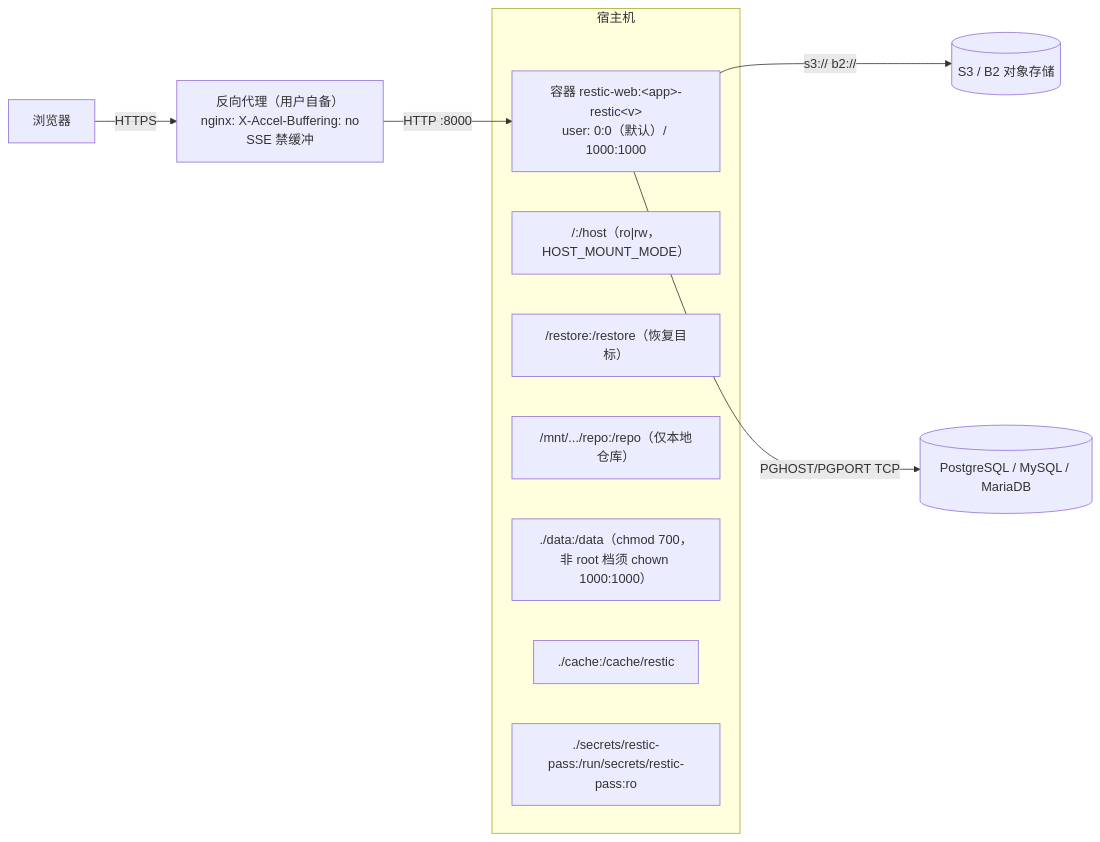
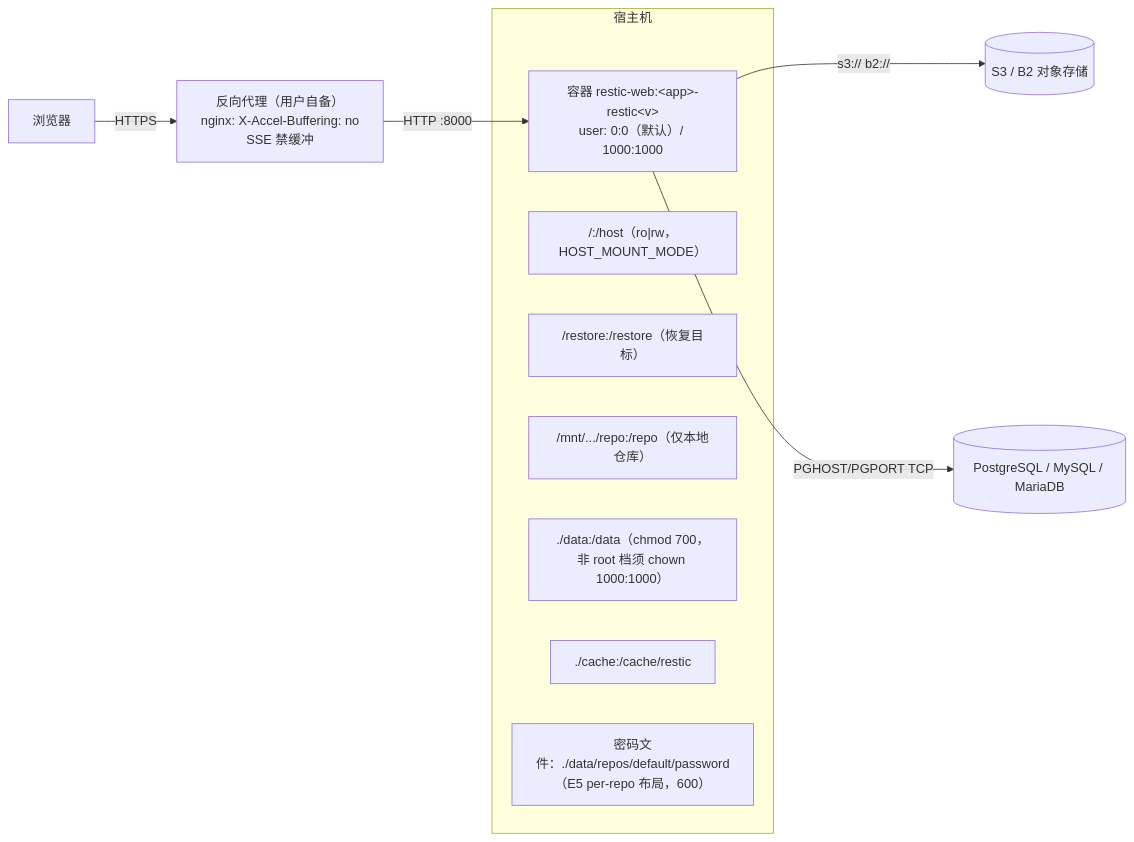
The second of 11 diagrams in web版/docs/架构设计文档.md (dolphin738/restic-docker-backup), drawn with Mermaid before and after one commit. The commit also changed other lines of this file, not shown here.

````diff
--- a/web版/docs/架构设计文档.md
+++ b/web版/docs/架构设计文档.md
@@ -85,18 +85,18 @@
 ```mermaid
 graph LR
     U["浏览器"] -->|"HTTPS"| RP["反向代理（用户自备）<br/>nginx: X-Accel-Buffering: no<br/>SSE 禁缓冲"]
     RP -->|"HTTP :8000"| C["容器 restic-web:&lt;app&gt;-restic&lt;v&gt;<br/>user: 0:0（默认）/ 1000:1000"]
 
     subgraph HOST["宿主机"]
         C
         M1["/:/host（ro|rw，HOST_MOUNT_MODE）"]
         M2["/restore:/restore（恢复目标）"]
         M3["/mnt/.../repo:/repo（仅本地仓库）"]
         M4["./data:/data（chmod 700，非 root 档须 chown 1000:1000）"]
         M5["./cache:/cache/restic"]
-        M6["./secrets/restic-pass:/run/secrets/restic-pass:ro"]
+        M6["密码文件：./data/repos/default/password（E5 per-repo 布局，600）"]
     end
 
     C -->|"s3:// b2://"| OBJ[("S3 / B2 对象存储")]
     C -->|"PGHOST/PGPORT TCP"| PGDB[("PostgreSQL / MySQL / MariaDB")]
 ```
````
